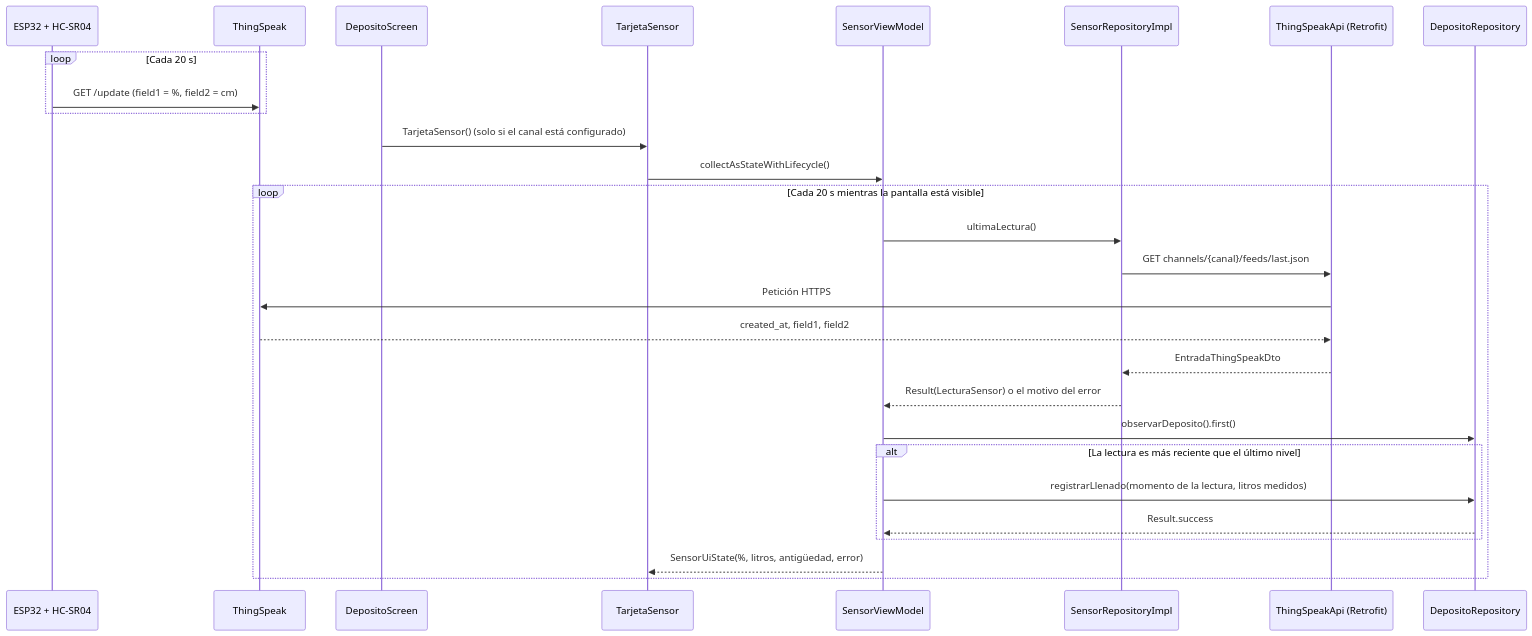
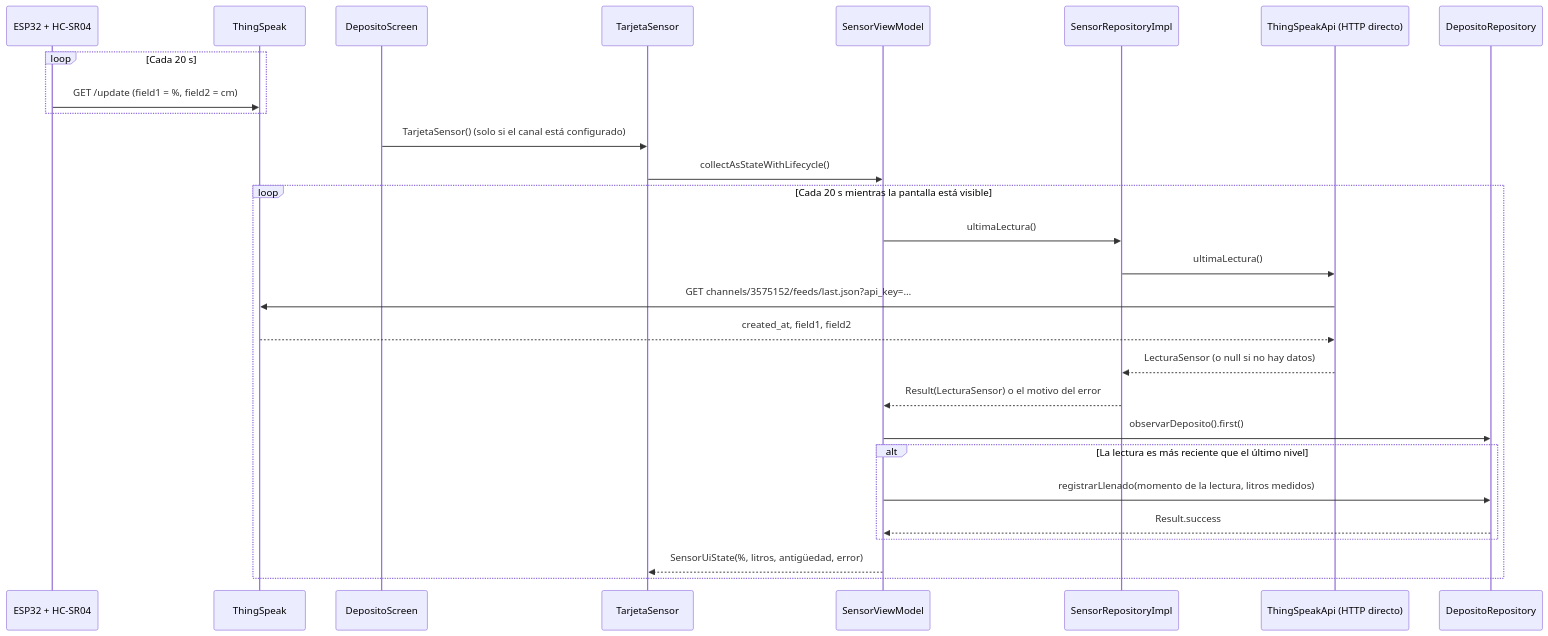
One commit to Cristhian465/Aguarda changed diagram 13 of 22 in informes/FD04-SAD.md. Above: the diagram before and after it, drawn with Mermaid. The commit also changed other lines of this file and 120 other files, not shown here.

First line of the commit message:
Limpieza: claves en el código, ThingSpeak directo, widget del tanque y sin código sin uso

````diff
--- a/informes/FD04-SAD.md
+++ b/informes/FD04-SAD.md
@@ -494,30 +498,30 @@
 ```mermaid
 sequenceDiagram
     participant ESP as ESP32 + HC-SR04
     participant TS as ThingSpeak
     participant DS as DepositoScreen
     participant TSE as TarjetaSensor
     participant VM as SensorViewModel
     participant SR as SensorRepositoryImpl
-    participant API as ThingSpeakApi (Retrofit)
+    participant API as ThingSpeakApi (HTTP directo)
     participant R as DepositoRepository
     loop Cada 20 s
         ESP->>TS: GET /update (field1 = %, field2 = cm)
     end
     DS->>TSE: TarjetaSensor() (solo si el canal está configurado)
     TSE->>VM: collectAsStateWithLifecycle()
     loop Cada 20 s mientras la pantalla está visible
         VM->>SR: ultimaLectura()
-        SR->>API: GET channels/{canal}/feeds/last.json
-        API->>TS: Petición HTTPS
+        SR->>API: ultimaLectura()
+        API->>TS: GET channels/3575152/feeds/last.json?api_key=…
         TS-->>API: created_at, field1, field2
-        API-->>SR: EntradaThingSpeakDto
+        API-->>SR: LecturaSensor (o null si no hay datos)
         SR-->>VM: Result(LecturaSensor) o el motivo del error
         VM->>R: observarDeposito().first()
         alt La lectura es más reciente que el último nivel
             VM->>R: registrarLlenado(momento de la lectura, litros medidos)
             R-->>VM: Result.success
         end
         VM-->>TSE: SensorUiState(%, litros, antigüedad, error)
     end
 ```
````
